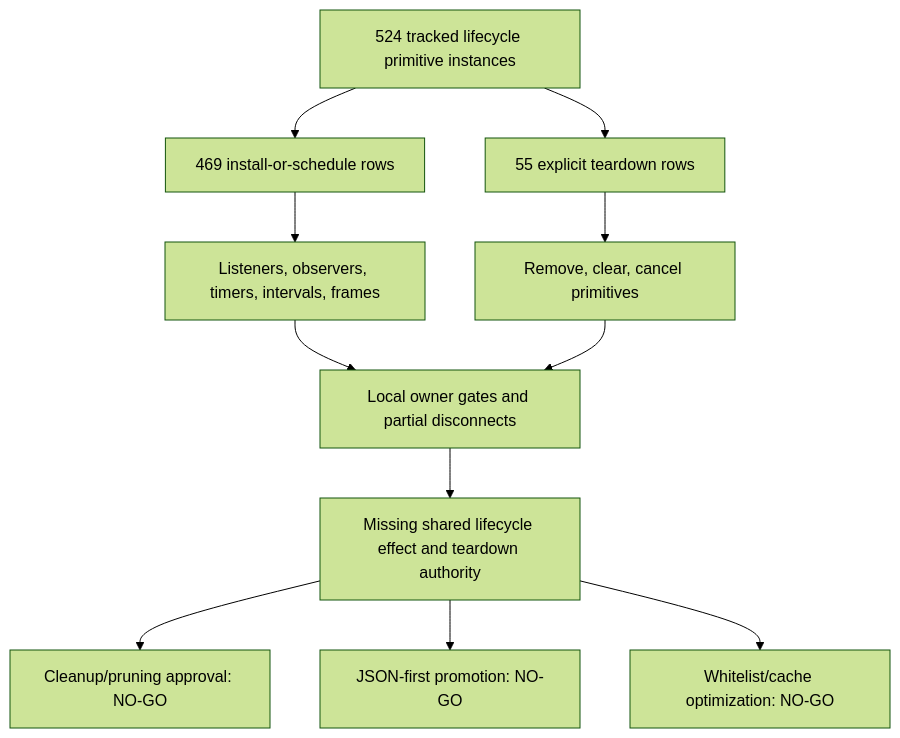
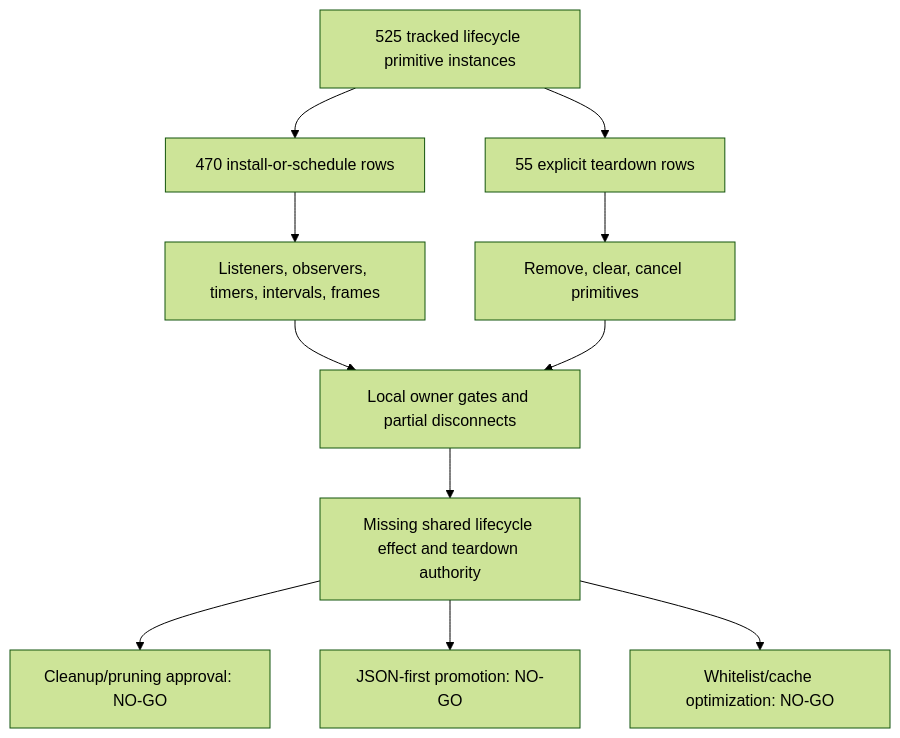
Diagram 47 of 47 in docs/audit/FILTERTUBE_LIFECYCLE_INSTANCE_REGISTER_2026-05-18.md (varshneydevansh/FilterTube), drawn with Mermaid (forest theme) before and after one commit. The commit also changed other lines of this file and 698 other files, not shown here.

````diff
--- a/docs/audit/FILTERTUBE_LIFECYCLE_INSTANCE_REGISTER_2026-05-18.md
+++ b/docs/audit/FILTERTUBE_LIFECYCLE_INSTANCE_REGISTER_2026-05-18.md
@@ -4368,13 +4368,13 @@
 ```mermaid
 flowchart TD
-  A["524 tracked lifecycle primitive instances"] --> B["469 install-or-schedule rows"]
+  A["525 tracked lifecycle primitive instances"] --> B["470 install-or-schedule rows"]
   A --> C["55 explicit teardown rows"]
   B --> D["Listeners, observers, timers, intervals, frames"]
   C --> E["Remove, clear, cancel primitives"]
   D --> F["Local owner gates and partial disconnects"]
   E --> F
   F --> G["Missing shared lifecycle effect and teardown authority"]
   G --> H["Cleanup/pruning approval: NO-GO"]
   G --> I["JSON-first promotion: NO-GO"]
   G --> J["Whitelist/cache optimization: NO-GO"]
 ```
````
